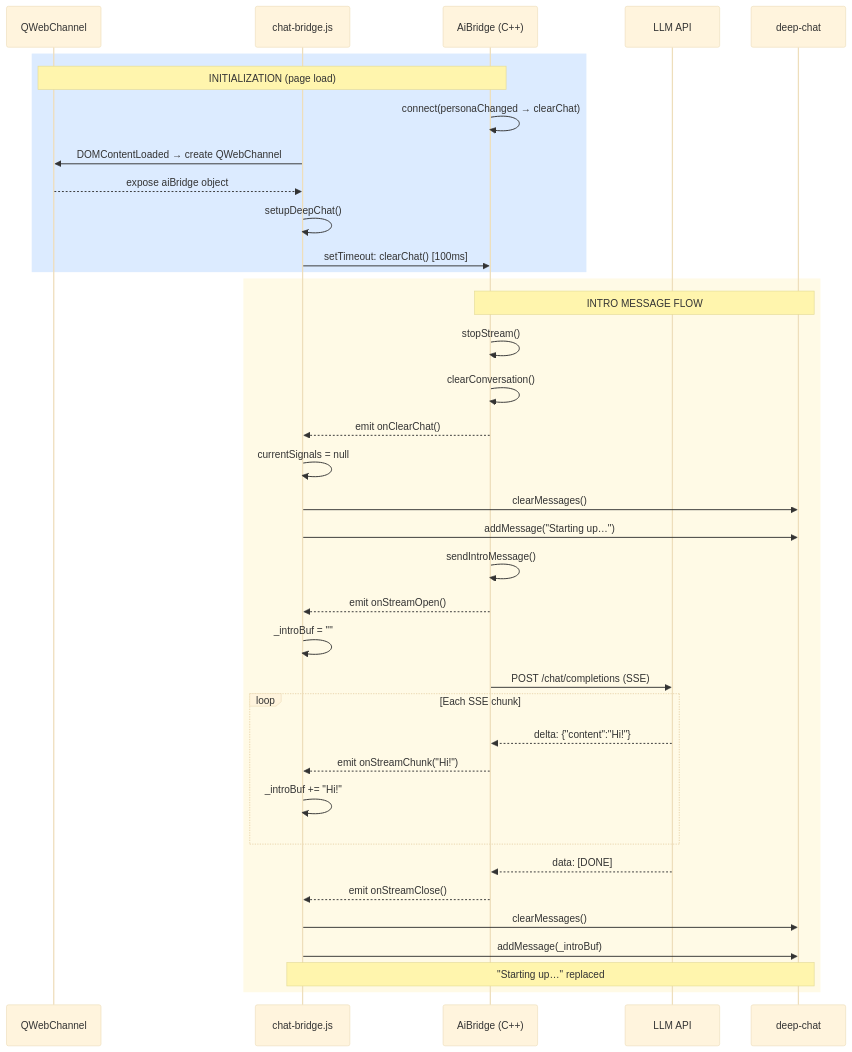
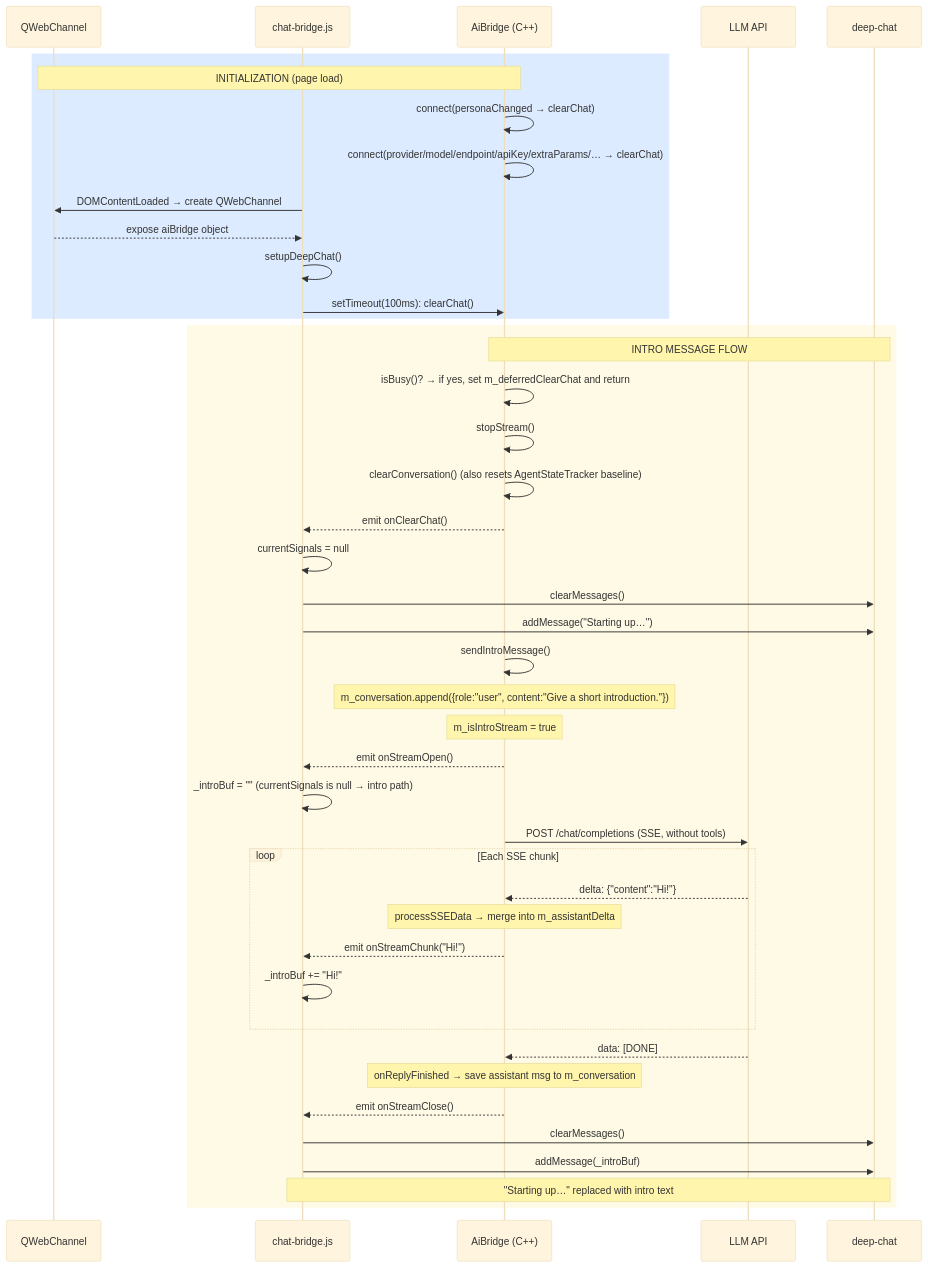
One commit to jasp-stats/jasp-desktop changed the diagram in Docs/development/aiBridge/01_intro_flow.mmd. Above: the diagram before and after it, drawn with Mermaid (base theme). The commit also changed 14 other files, not shown here.

```diff
--- a/Docs/development/aiBridge/01_intro_flow.mmd
+++ b/Docs/development/aiBridge/01_intro_flow.mmd
@@ -1,39 +1,45 @@
 sequenceDiagram
     participant WC as QWebChannel
     participant JS as chat-bridge.js
     participant CPP as AiBridge (C++)
     participant API as LLM API
     participant DC as deep-chat
 
     rect rgb(220, 235, 255)
         Note over CPP,WC: INITIALIZATION (page load)
         CPP->>CPP: connect(personaChanged → clearChat)
+        CPP->>CPP: connect(provider/model/endpoint/apiKey/extraParams/… → clearChat)
         JS->>WC: DOMContentLoaded → create QWebChannel
         WC-->>JS: expose aiBridge object
         JS->>JS: setupDeepChat()
-        JS->>CPP: setTimeout: clearChat() [100ms]
+        JS->>CPP: setTimeout(100ms): clearChat()
     end
 
     rect rgb(255, 250, 230)
         Note over CPP,DC: INTRO MESSAGE FLOW
+        CPP->>CPP: isBusy()? → if yes, set m_deferredClearChat and return
         CPP->>CPP: stopStream()
-        CPP->>CPP: clearConversation()
+        CPP->>CPP: clearConversation() (also resets AgentStateTracker baseline)
         CPP-->>JS: emit onClearChat()
         JS->>JS: currentSignals = null
         JS->>DC: clearMessages()
         JS->>DC: addMessage("Starting up…")
         CPP->>CPP: sendIntroMessage()
+        Note over CPP: m_conversation.append({role:"user", content:"Give a short introduction."})
+        Note over CPP: m_isIntroStream = true
         CPP-->>JS: emit onStreamOpen()
-        JS->>JS: _introBuf = ""
-        CPP->>API: POST /chat/completions (SSE)
+        JS->>JS: _introBuf = ""  (currentSignals is null → intro path)
+        CPP->>API: POST /chat/completions (SSE, without tools)
         loop Each SSE chunk
             API-->>CPP: delta: {"content":"Hi!"}
+            Note over CPP: processSSEData → merge into m_assistantDelta
             CPP-->>JS: emit onStreamChunk("Hi!")
             JS->>JS: _introBuf += "Hi!"
         end
         API-->>CPP: data: [DONE]
+        Note over CPP: onReplyFinished → save assistant msg to m_conversation
         CPP-->>JS: emit onStreamClose()
         JS->>DC: clearMessages()
         JS->>DC: addMessage(_introBuf)
-        Note over JS,DC: "Starting up…" replaced
+        Note over JS,DC: "Starting up…" replaced with intro text
     end
```
